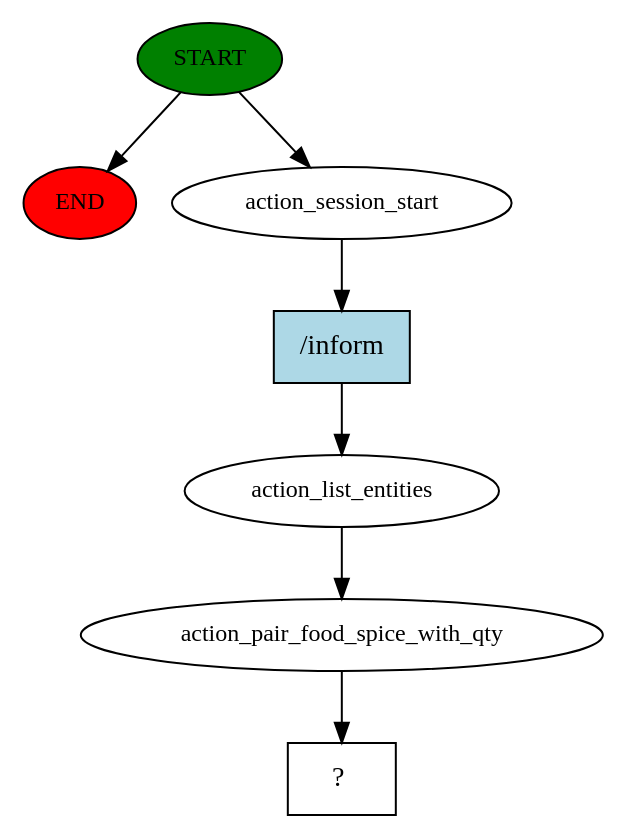
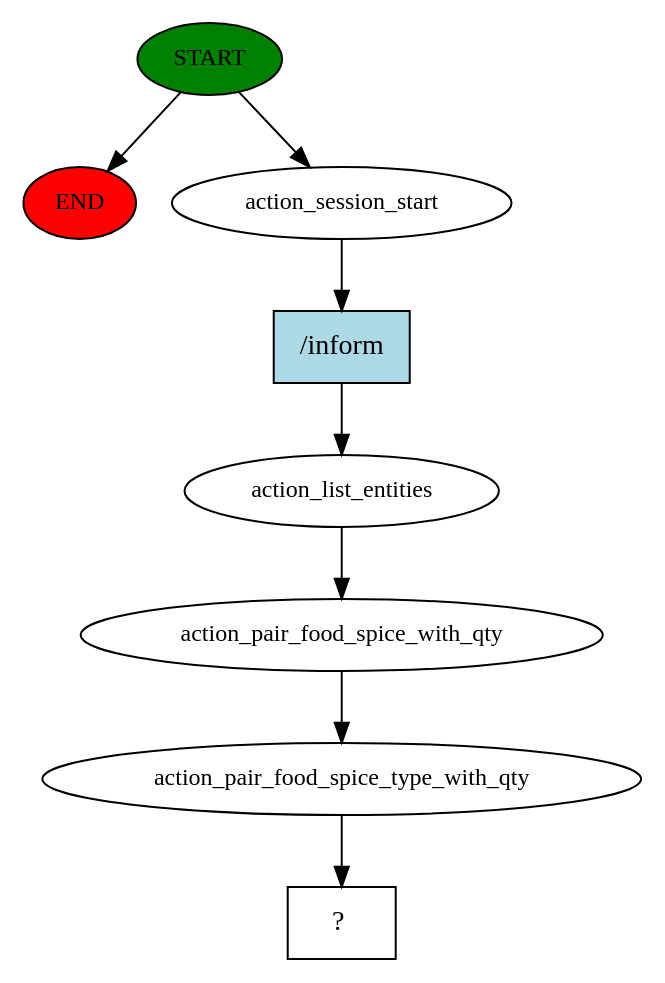
Before and after one commit to aroramayank2002/chatbot-book: the diagram in food_bot/story_graph.dot, drawn with Graphviz. The commit also changed 13 other files, not shown here.

```diff
--- a/food_bot/story_graph.dot
+++ b/food_bot/story_graph.dot
@@ -1,15 +1,17 @@
 digraph  {
 0 [class="start active", fillcolor=green, fontsize=12, label=START, style=filled];
 "-1" [class=end, fillcolor=red, fontsize=12, label=END, style=filled];
 1 [class=active, fontsize=12, label=action_session_start];
 2 [class=active, fontsize=12, label=action_list_entities];
 3 [class=active, fontsize=12, label=action_pair_food_spice_with_qty];
-4 [class="intent dashed active", label="  ?  ", shape=rect];
-5 [class="intent active", fillcolor=lightblue, label="/inform", shape=rect, style=filled];
+4 [class=active, fontsize=12, label=action_pair_food_spice_type_with_qty];
+5 [class="intent dashed active", label="  ?  ", shape=rect];
+6 [class="intent active", fillcolor=lightblue, label="/inform", shape=rect, style=filled];
 0 -> "-1"  [class="", key=NONE, label=""];
 0 -> 1  [class=active, key=NONE, label=""];
-1 -> 5  [class=active, key=0];
+1 -> 6  [class=active, key=0];
 2 -> 3  [class=active, key=NONE, label=""];
 3 -> 4  [class=active, key=NONE, label=""];
-5 -> 2  [class=active, key=0];
+4 -> 5  [class=active, key=NONE, label=""];
+6 -> 2  [class=active, key=0];
 }
```
